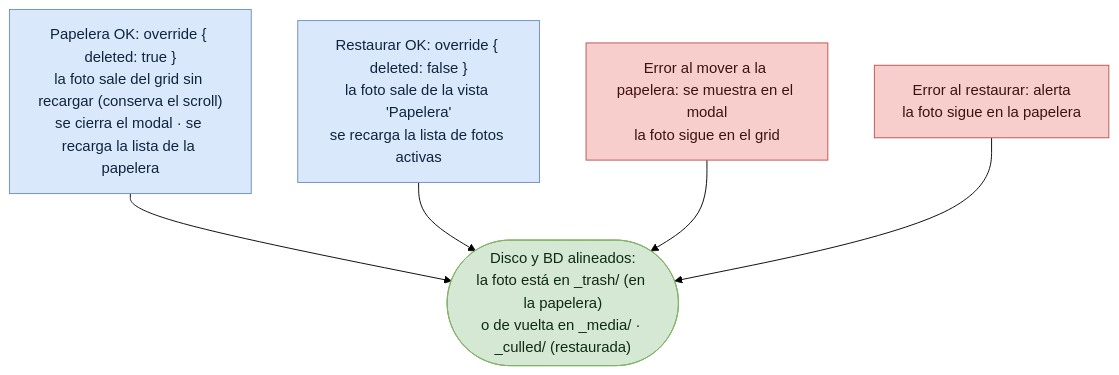
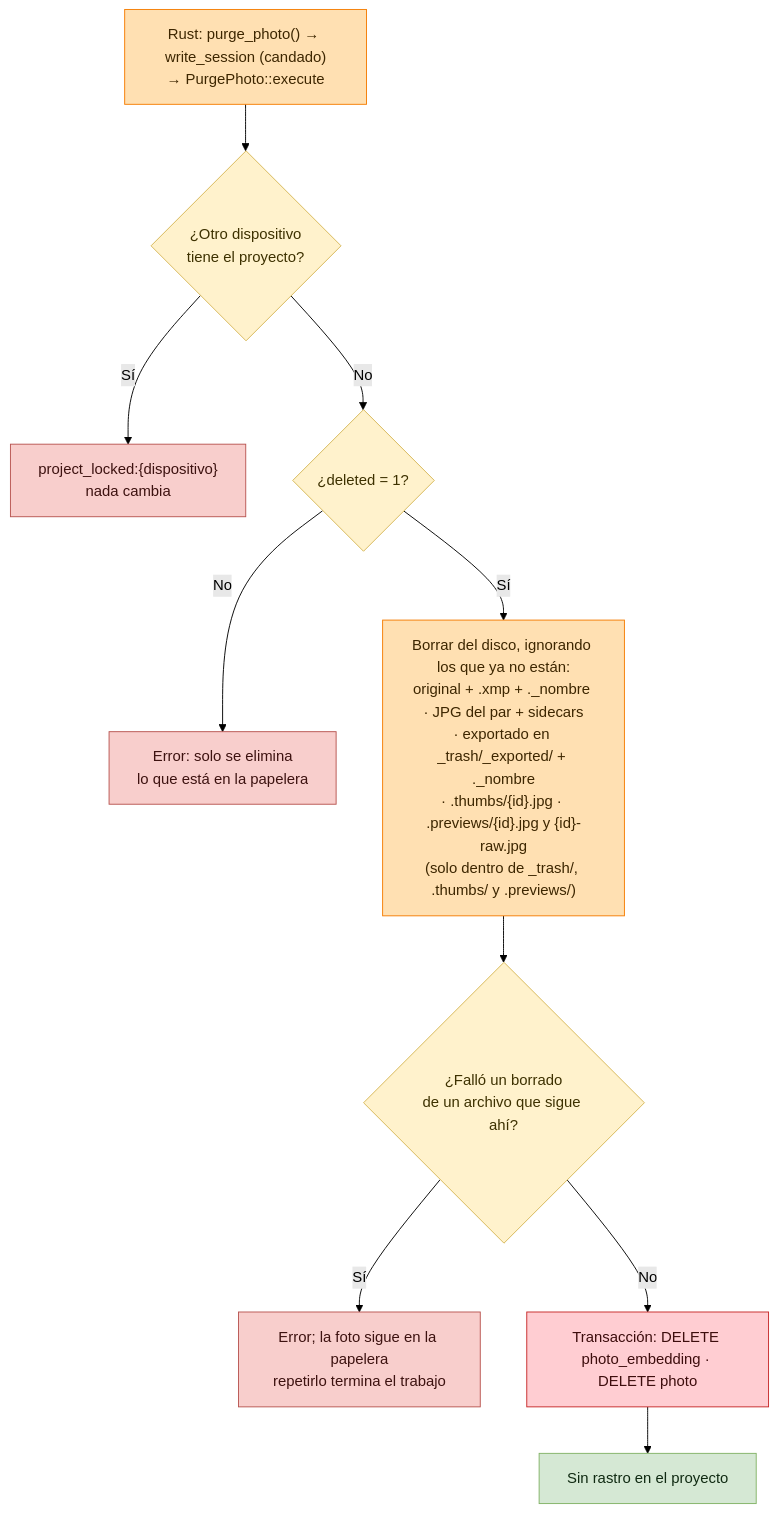
Before and after one commit to everitosan/lumik: the fourth of 4 diagrams in docs/useCases/flujo-papelera-foto.md, drawn with Mermaid (forest theme). The commit also changed other lines of this file and 93 other files, not shown here.

````diff
--- a/docs/useCases/flujo-papelera-foto.md
+++ b/docs/useCases/flujo-papelera-foto.md
@@ -120,20 +123,32 @@
 ```mermaid
 flowchart TD
-    trash_ok["Papelera OK: override { deleted: true }<br/>la foto sale del grid sin recargar (conserva el scroll)<br/>se cierra el modal · se recarga la lista de la papelera"]
-    res_ok["Restaurar OK: override { deleted: false }<br/>la foto sale de la vista 'Papelera'<br/>se recarga la lista de fotos activas"]
-    trash_err["Error al mover a la papelera: se muestra en el modal<br/>la foto sigue en el grid"]
-    res_err["Error al restaurar: alerta<br/>la foto sigue en la papelera"]
-    fin(["Disco y BD alineados:<br/>la foto está en _trash/ (en la papelera)<br/>o de vuelta en _media/ · _culled/ (restaurada)"])
+    be["Rust: purge_photo() → write_session (candado)<br/>→ PurgePhoto::execute"]
+    lock_q{"¿Otro dispositivo<br/>tiene el proyecto?"}
+    locked["project_locked:{dispositivo}<br/>nada cambia"]
+    trashed_q{"¿deleted = 1?"}
+    refuse["Error: solo se elimina<br/>lo que está en la papelera"]
+    files["Borrar del disco, ignorando los que ya no están:<br/>original + .xmp + ._nombre · JPG del par + sidecars<br/>· exportado en _trash/_exported/ + ._nombre<br/>· .thumbs/{id}.jpg · .previews/{id}.jpg y {id}-raw.jpg<br/>(solo dentro de _trash/, .thumbs/ y .previews/)"]
+    file_q{"¿Falló un borrado<br/>de un archivo que sigue ahí?"}
+    keep["Error; la foto sigue en la papelera<br/>repetirlo termina el trabajo"]
+    db["Transacción: DELETE photo_embedding · DELETE photo"]
+    ok["Sin rastro en el proyecto"]
 
-    trash_ok --> fin
-    res_ok --> fin
-    trash_err --> fin
-    res_err --> fin
+    be --> lock_q
+    lock_q -->|Sí| locked
+    lock_q -->|No| trashed_q
+    trashed_q -->|No| refuse
+    trashed_q -->|Sí| files --> file_q
+    file_q -->|Sí| keep
+    file_q -->|No| db --> ok
 
+    classDef be fill:#ffe0b2,stroke:#f57c00,color:#3d2600
+    classDef db fill:#ffcdd2,stroke:#c62828,color:#3d0d0d
+    classDef dec fill:#fff2cc,stroke:#d6b656,color:#3d3100
+    classDef err fill:#f8cecc,stroke:#b85450,color:#3d1210
     classDef term fill:#d5e8d4,stroke:#82b366,color:#102a12
-    classDef ui fill:#dae8fc,stroke:#6c8ebf,color:#10243d
-    classDef err fill:#f8cecc,stroke:#b85450,color:#3d1210
-    class fin term
-    class trash_ok,res_ok ui
-    class trash_err,res_err err
+    class be,files be
+    class db db
+    class lock_q,trashed_q,file_q dec
+    class locked,refuse,keep err
+    class ok term
 ```
````
